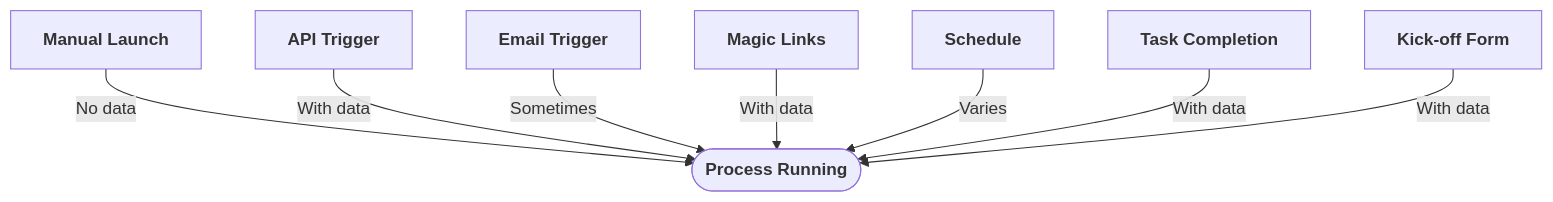
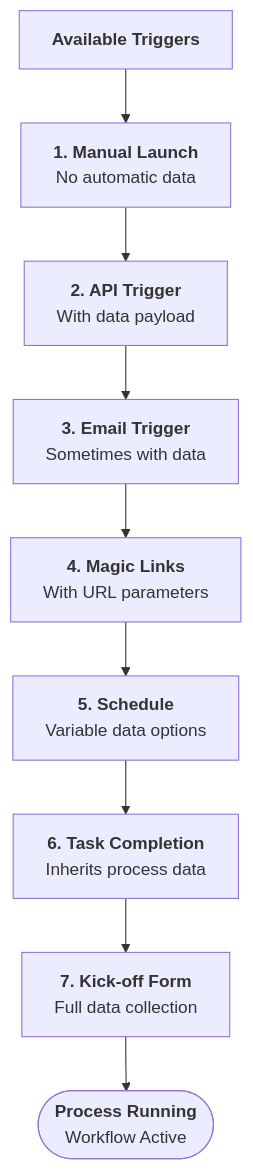
The diagram in src/content/docs/pro/launching/triggers/index.mdx (tallyfy/documentation), drawn with Mermaid before and after one commit. The commit also changed 3 other files, not shown here.

````diff
--- a/src/content/docs/pro/launching/triggers/index.mdx
+++ b/src/content/docs/pro/launching/triggers/index.mdx
@@ -44,18 +44,34 @@
 ```mermaid
-flowchart TD
-    Manual["`**Manual Launch**`"] -->|"`No data`"| Process
-    API["`**API Trigger**`"] -->|"`With data`"| Process
-    Email["`**Email Trigger**`"] -->|"`Sometimes`"| Process
-    Magic["`**Magic Links**`"] -->|"`With data`"| Process
-    Schedule["`**Schedule**`"] -->|"`Varies`"| Process
-    Task["`**Task Completion**`"] -->|"`With data`"| Process
-    Form["`**Kick-off Form**`"] -->|"`With data`"| Process
+graph TD
+    Start["`**Available Triggers**`"]
     
-    Process(["`**Process Running**`"])
+    Start --> Manual["`**1. Manual Launch**
+    No automatic data`"]
+    
+    Manual --> API["`**2. API Trigger**
+    With data payload`"]
+    
+    API --> Email["`**3. Email Trigger**
+    Sometimes with data`"]
+    
+    Email --> Magic["`**4. Magic Links**
+    With URL parameters`"]
+    
+    Magic --> Schedule["`**5. Schedule**
+    Variable data options`"]
+    
+    Schedule --> Task["`**6. Task Completion**
+    Inherits process data`"]
+    
+    Task --> Form["`**7. Kick-off Form**
+    Full data collection`"]
+    
+    Form --> Process(["`**Process Running**
+    Workflow Active`"])
     
     click API "/products/pro/launching/triggers/via-api/" "API trigger details"
     click Email "/products/pro/launching/triggers/via-email/" "Email trigger setup"
     click Magic "/products/pro/launching/triggers/magic-links/" "Magic link configuration"
     click Schedule "/products/pro/launching/triggers/via-middleware/" "Middleware scheduling"
     click Form "#kick-off-form" "Jump to form section"
 ```
````
